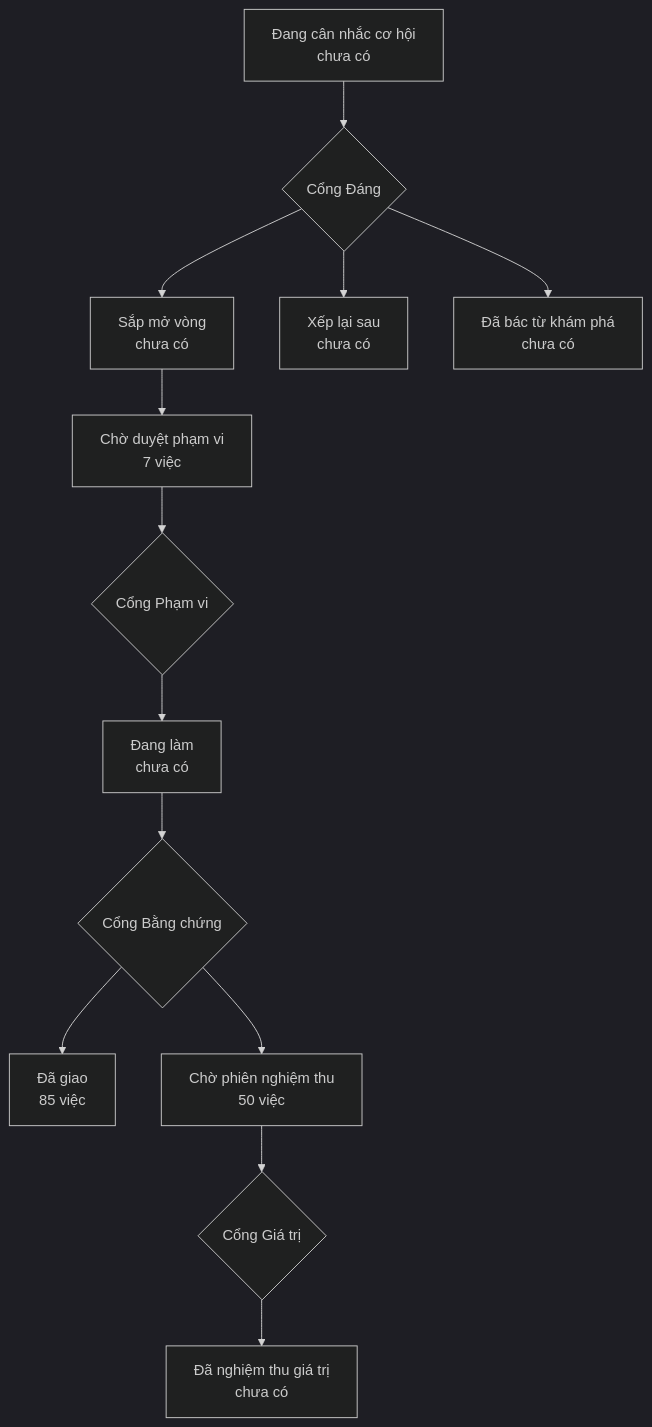
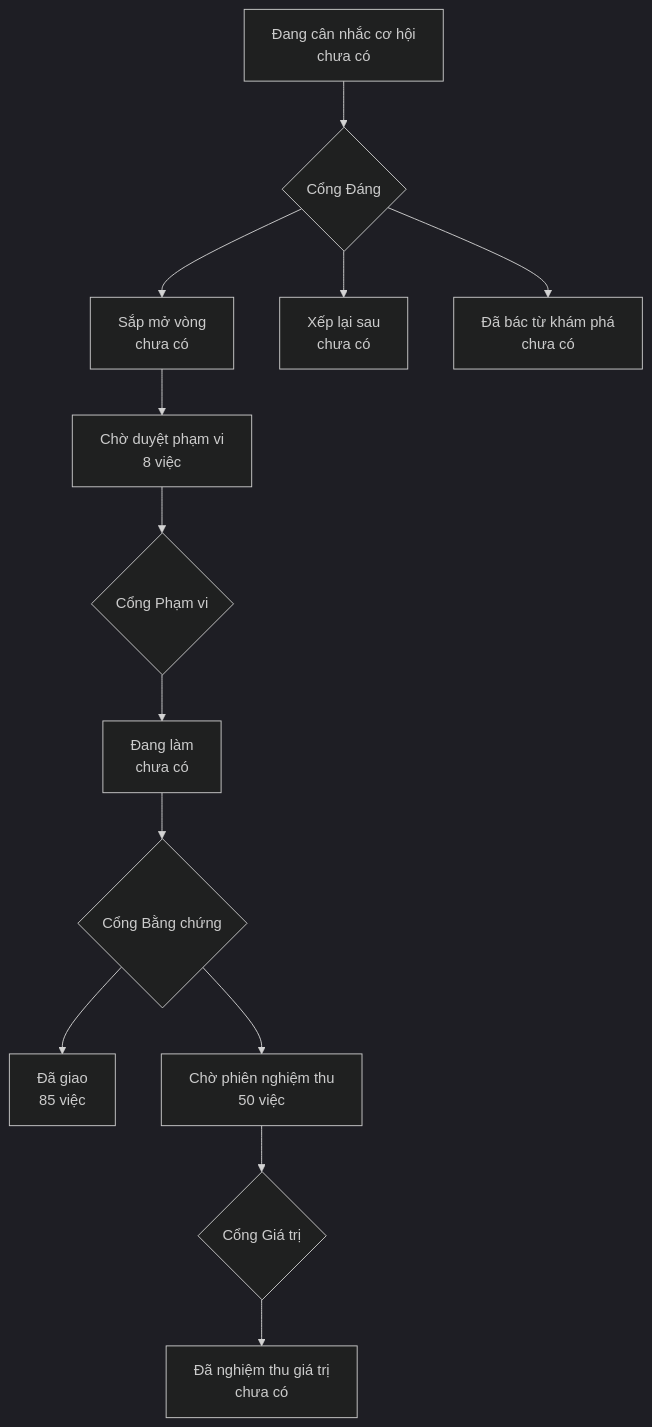
Before and after one commit to phanlemanh/onehub-invest: the diagram in PRODUCT-MAP.md, drawn with Mermaid (dark theme). The commit also changed other lines of this file and 15 other files, not shown here.

Commit message:
docs(so-cuoc-goi-ai): hồ sơ S1 + thẻ Cổng Phạm vi (T3, Hỏi-1..4 chờ Mạnh)

````diff
--- a/PRODUCT-MAP.md
+++ b/PRODUCT-MAP.md
@@ -7,12 +7,12 @@
 ```mermaid
 flowchart TD
   A["Đang cân nhắc cơ hội<br/>chưa có"] --> GD{"Cổng Đáng"}
   GD --> B["Sắp mở vòng<br/>chưa có"]
   GD --> XL["Xếp lại sau<br/>chưa có"]
   GD --> DB["Đã bác từ khám phá<br/>chưa có"]
-  B --> CD["Chờ duyệt phạm vi<br/>7 việc"] --> GP{"Cổng Phạm vi"}
+  B --> CD["Chờ duyệt phạm vi<br/>8 việc"] --> GP{"Cổng Phạm vi"}
   GP --> DL["Đang làm<br/>chưa có"] --> GB{"Cổng Bằng chứng"}
   GB --> DG["Đã giao<br/>85 việc"]
   GB --> CN["Chờ phiên nghiệm thu<br/>50 việc"] --> GG{"Cổng Giá trị"}
   GG --> NT["Đã nghiệm thu giá trị<br/>chưa có"]
 ```
````
